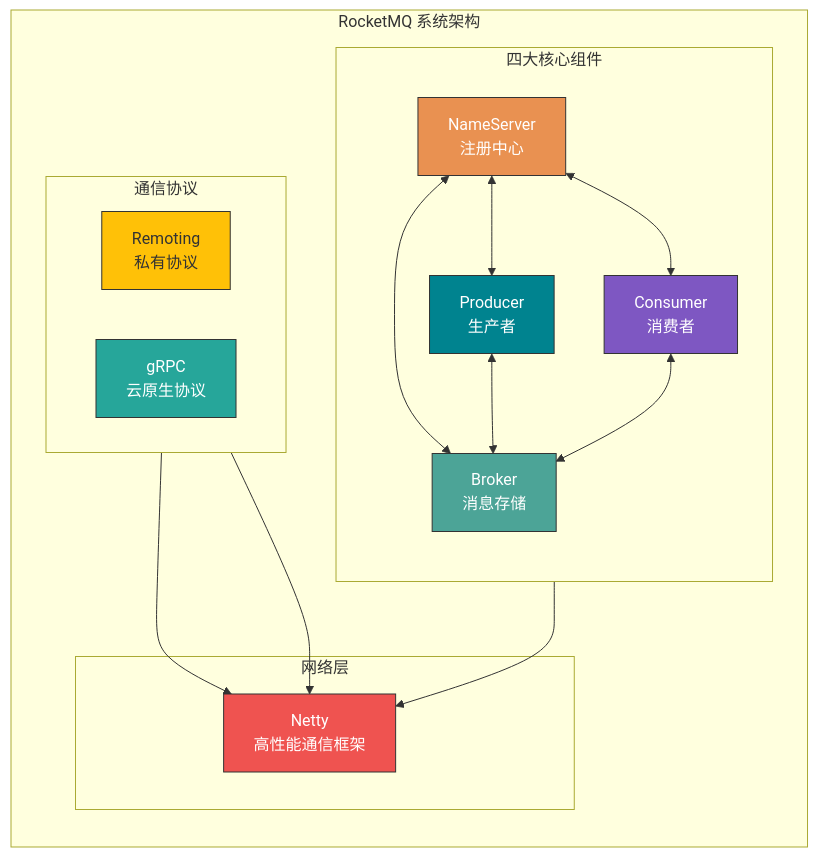
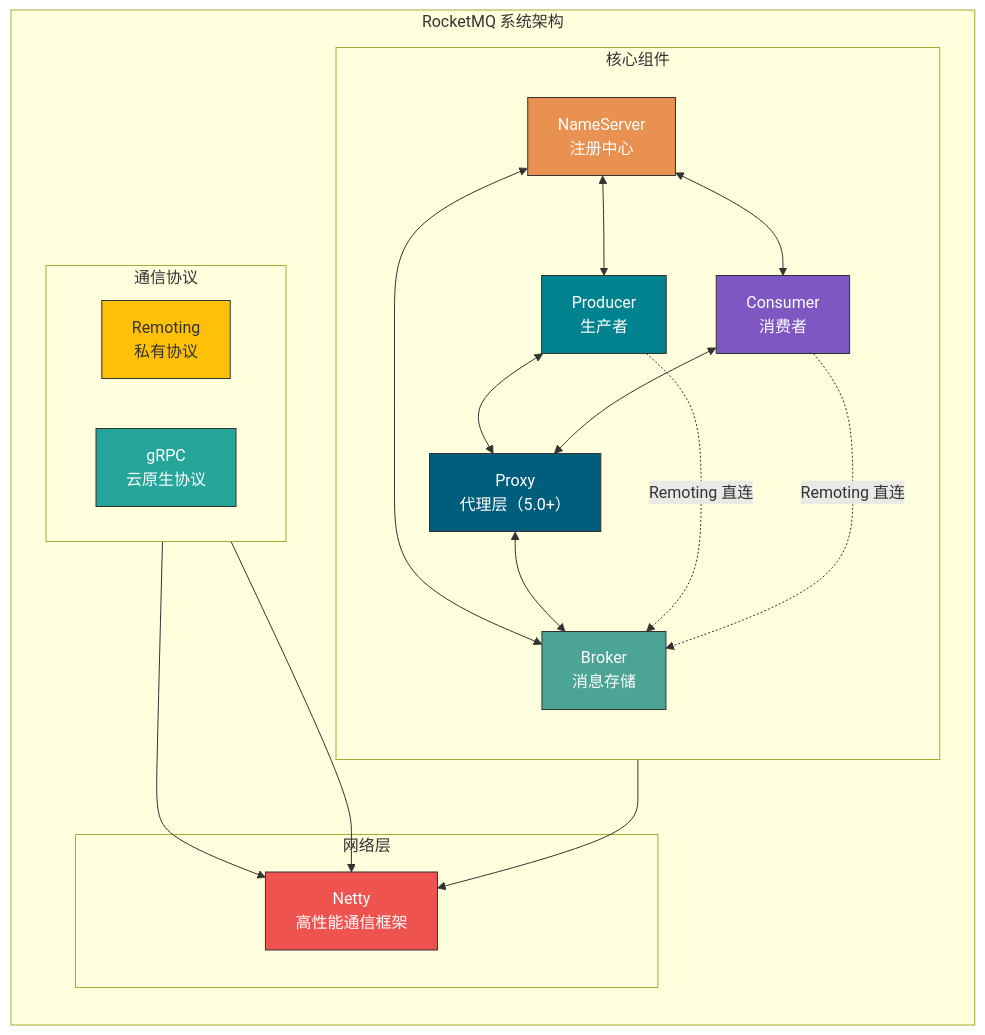
One commit to Snailclimb/JavaGuide changed the fifth of 13 diagrams in docs/high-performance/message-queue/rocketmq-questions.md. Above: the diagram before and after it, drawn with Mermaid. The commit also changed other lines of this file, not shown here.

````diff
--- a/docs/high-performance/message-queue/rocketmq-questions.md
+++ b/docs/high-performance/message-queue/rocketmq-questions.md
@@ -329,41 +325,46 @@
 ```mermaid
 flowchart TB
     subgraph RocketMQ["RocketMQ 系统架构"]
         direction TB
 
-        subgraph Components["四大核心组件"]
+        subgraph Components["核心组件"]
             direction TB
             NS["NameServer<br/>注册中心"]
             BK["Broker<br/>消息存储"]
+            PX["Proxy<br/>代理层（5.0+）"]
             PD["Producer<br/>生产者"]
             CM["Consumer<br/>消费者"]
         end
 
         subgraph Protocol["通信协议"]
             direction LR
             RP["Remoting<br/>私有协议"]
             GP["gRPC<br/>云原生协议"]
         end
 
         subgraph Network["网络层"]
             NB["Netty<br/>高性能通信框架"]
         end
     end
 
     NS <--> BK
     NS <--> PD
     NS <--> CM
-    PD <--> BK
-    CM <--> BK
+    PD <--> PX
+    CM <--> PX
+    PX <--> BK
+    PD -.->|Remoting 直连| BK
+    CM -.->|Remoting 直连| BK
     BK --> NB
     RP --> NB
     GP --> NB
 
     style NS fill:#E99151,stroke:#333,color:#fff
     style BK fill:#4CA497,stroke:#333,color:#fff
+    style PX fill:#005D7B,stroke:#333,color:#fff
     style PD fill:#00838F,stroke:#333,color:#fff
     style CM fill:#7E57C2,stroke:#333,color:#fff
     style RP fill:#FFC107,stroke:#333,color:#333
     style GP fill:#26A69A,stroke:#333,color:#fff
     style NB fill:#EF5350,stroke:#333,color:#fff
 ```
````
